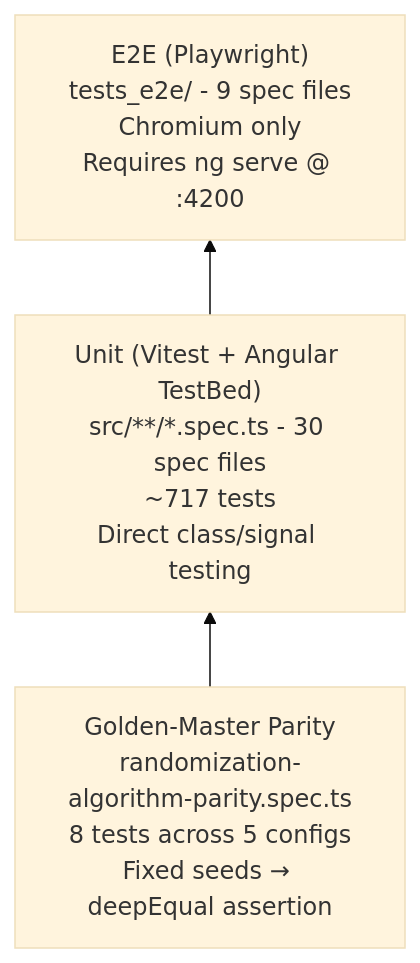
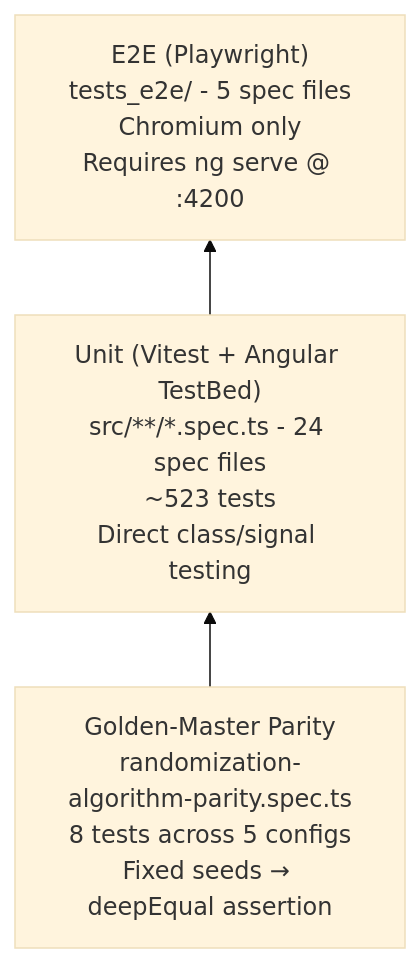
One commit to fderuiter/Clinical-Randomization-Generator changed diagram 16 of 17 in docs/ARCHITECTURE.md. Above: the diagram before and after it, drawn with Mermaid (base theme). The commit also changed other lines of this file and 12 other files, not shown here.

First line of the commit message:
test: add comprehensive visual and contrast testing

````diff
--- a/docs/ARCHITECTURE.md
+++ b/docs/ARCHITECTURE.md
@@ -1182,9 +1099,9 @@
 ```mermaid
 graph BT
-    E2E["E2E (Playwright)\ntests_e2e/ - 9 spec files\nChromium only\nRequires ng serve @ :4200"]
-    UNIT["Unit (Vitest + Angular TestBed)\nsrc/**/*.spec.ts - 30 spec files\n~717 tests\nDirect class/signal testing"]
+    E2E["E2E (Playwright)\ntests_e2e/ - 5 spec files\nChromium only\nRequires ng serve @ :4200"]
+    UNIT["Unit (Vitest + Angular TestBed)\nsrc/**/*.spec.ts - 24 spec files\n~523 tests\nDirect class/signal testing"]
     PARITY["Golden-Master Parity\nrandomization-algorithm-parity.spec.ts\n8 tests across 5 configs\nFixed seeds → deepEqual assertion"]
 
     PARITY --> UNIT
     UNIT --> E2E
 ```
````
